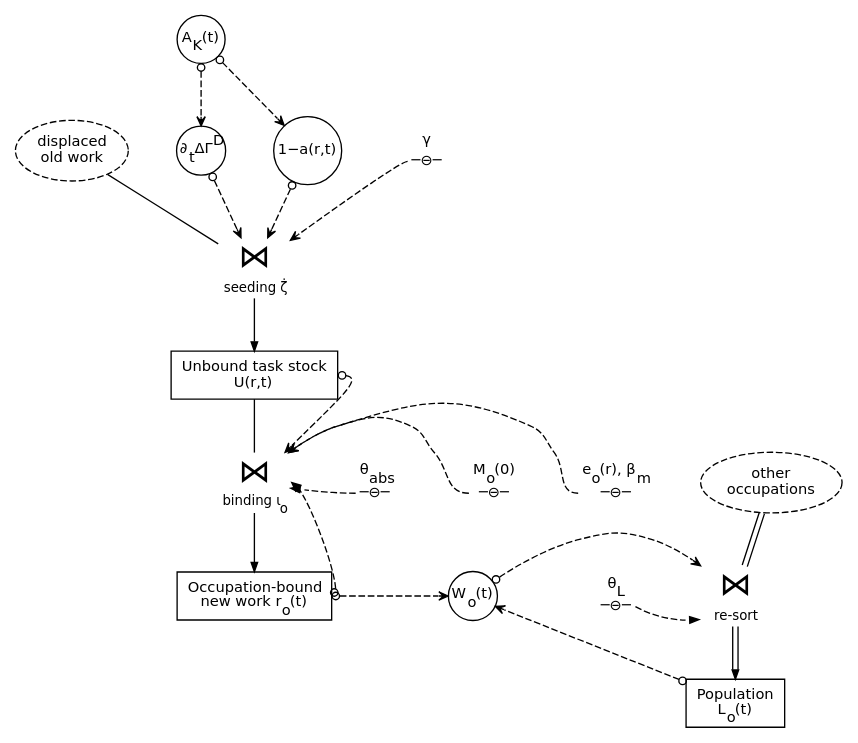
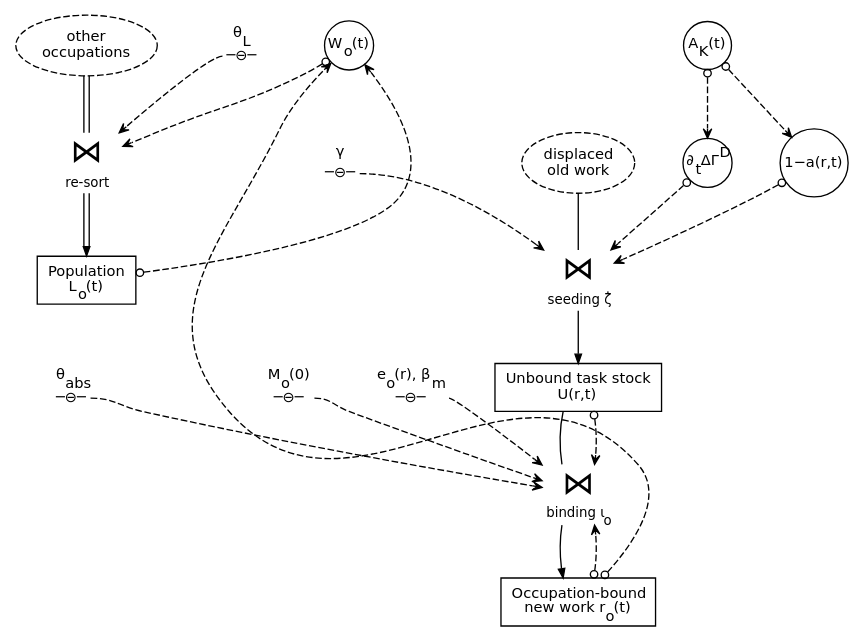
The diagram in experiment/results/dynamic_stockflow.dot (JoakimStorck/technology-fields), drawn with Graphviz before and after one commit. The commit also changed 21 other files, not shown here.

First line of the commit message:
cld: build Figure 2 with the stocktake package

```diff
--- a/experiment/results/dynamic_stockflow.dot
+++ b/experiment/results/dynamic_stockflow.dot
@@ -1,48 +1,45 @@
 digraph dynamic_stockflow {
   graph [rankdir=TB, splines=true, overlap=false, nodesep=0.5, ranksep=0.55, fontname="DejaVu Sans"];
   node [fontsize=11, fontname="DejaVu Sans"];
   edge [fontsize=10, fontname="DejaVu Sans", arrowsize=0.7];
 
-  old [label=<<font face="DejaVu Sans">displaced<br/>old work</font>>, shape=ellipse, style=dashed, margin=0.06];
-  seed [shape=none, margin=0, group="spine", label=<<table border="0" cellborder="0" cellspacing="0"><tr><td><font face="DejaVu Sans" point-size="24">&#8904;</font></td></tr><tr><td><font face="DejaVu Sans" point-size="10">seeding ζ̇</font></td></tr></table>>];
-  U [label=<<font face="DejaVu Sans">Unbound task stock<br/>U(r,t)</font>>, shape=box, group="spine"];
-  bind [shape=none, margin=0, group="spine", label=<<table border="0" cellborder="0" cellspacing="0"><tr><td><font face="DejaVu Sans" point-size="24">&#8904;</font></td></tr><tr><td><font face="DejaVu Sans" point-size="10">binding ι<sub>o</sub></font></td></tr></table>>];
-  B [label=<<font face="DejaVu Sans">Occupation-bound<br/>new work r<sub>o</sub>(t)</font>>, shape=box, group="spine"];
-  AK [label=<<font face="DejaVu Sans">A<sub>K</sub>(t)</font>>, shape=circle, fixedsize=false, margin=0.02];
-  disp [label=<<font face="DejaVu Sans">∂<sub>t</sub>ΔΓ<sup>D</sup></font>>, shape=circle, fixedsize=false, margin=0.02];
-  gate [label=<<font face="DejaVu Sans">1−a(r,t)</font>>, shape=circle, fixedsize=false, margin=0.02];
-  W [label=<<font face="DejaVu Sans">W<sub>o</sub>(t)</font>>, shape=circle, fixedsize=false, margin=0.02];
-  L [label=<<font face="DejaVu Sans">Population<br/>L<sub>o</sub>(t)</font>>, shape=box];
-  occ [label=<<font face="DejaVu Sans">other<br/>occupations</font>>, shape=ellipse, style=dashed, margin=0.06];
-  resort [shape=none, margin=0, label=<<table border="0" cellborder="0" cellspacing="0"><tr><td><font face="DejaVu Sans" point-size="24">&#8904;</font></td></tr><tr><td><font face="DejaVu Sans" point-size="10">re-sort</font></td></tr></table>>];
-  gamma [shape=none, margin=0, label=<<table border="0" cellborder="0" cellspacing="0"><tr><td><font face="DejaVu Sans">γ</font></td></tr><tr><td port="c"><font face="DejaVu Sans">&#9472;&#8854;&#9472;</font></td></tr></table>>];
-  theta_abs [shape=none, margin=0, label=<<table border="0" cellborder="0" cellspacing="0"><tr><td><font face="DejaVu Sans">θ<sub>abs</sub></font></td></tr><tr><td port="c"><font face="DejaVu Sans">&#9472;&#8854;&#9472;</font></td></tr></table>>];
-  M0 [shape=none, margin=0, label=<<table border="0" cellborder="0" cellspacing="0"><tr><td><font face="DejaVu Sans">M<sub>o</sub>(0)</font></td></tr><tr><td port="c"><font face="DejaVu Sans">&#9472;&#8854;&#9472;</font></td></tr></table>>];
-  eo [shape=none, margin=0, label=<<table border="0" cellborder="0" cellspacing="0"><tr><td><font face="DejaVu Sans">e<sub>o</sub>(r), β<sub>m</sub></font></td></tr><tr><td port="c"><font face="DejaVu Sans">&#9472;&#8854;&#9472;</font></td></tr></table>>];
-  theta_L [shape=none, margin=0, label=<<table border="0" cellborder="0" cellspacing="0"><tr><td><font face="DejaVu Sans">θ<sub>L</sub></font></td></tr><tr><td port="c"><font face="DejaVu Sans">&#9472;&#8854;&#9472;</font></td></tr></table>>];
+  "old" [label=<<font face="DejaVu Sans">displaced<br/>old work</font>>, shape=ellipse, style=dashed, margin=0.06, group="flow1", pos="422.0,474.4"];
+  "seed" [shape=none, margin=0, group="flow1", pos="422.0,386.4", label=<<table border="0" cellborder="0" cellspacing="0"><tr><td><font face="DejaVu Sans" point-size="24">&#8904;</font></td></tr><tr><td><font face="DejaVu Sans" point-size="10">seeding ζ̇</font></td></tr></table>>];
+  "U" [label=<<font face="DejaVu Sans">Unbound task stock<br/>U(r,t)</font>>, shape=box, group="flow1", pos="422.0,305.9"];
+  "bind" [shape=none, margin=0, group="flow1", pos="422.0,225.4", label=<<table border="0" cellborder="0" cellspacing="0"><tr><td><font face="DejaVu Sans" point-size="24">&#8904;</font></td></tr><tr><td><font face="DejaVu Sans" point-size="10">binding ι<sub>o</sub></font></td></tr></table>>];
+  "B" [label=<<font face="DejaVu Sans">Occupation-bound<br/>new work r<sub>o</sub>(t)</font>>, shape=box, group="flow1", pos="422.0,144.9"];
+  "AK" [label=<<font face="DejaVu Sans">A<sub>K</sub>(t)</font>>, shape=circle, fixedsize=false, margin=0.02, pos="315.1,418.3"];
+  "disp" [label=<<font face="DejaVu Sans">∂<sub>t</sub>ΔΓ<sup>D</sup></font>>, shape=circle, fixedsize=false, margin=0.02, pos="363.7,418.3"];
+  "gate" [label=<<font face="DejaVu Sans">1−a(r,t)</font>>, shape=circle, fixedsize=false, margin=0.02, pos="323.1,361.7"];
+  "W" [label=<<font face="DejaVu Sans">W<sub>o</sub>(t)</font>>, shape=circle, fixedsize=false, margin=0.02, pos="199.0,144.5"];
+  "L" [label=<<font face="DejaVu Sans">Population<br/>L<sub>o</sub>(t)</font>>, shape=box, group="flow2", pos="53.0,100.4"];
+  "occ" [label=<<font face="DejaVu Sans">other<br/>occupations</font>>, shape=ellipse, style=dashed, margin=0.06, group="flow2", pos="53.0,276.5"];
+  "resort" [shape=none, margin=0, group="flow2", pos="53.0,188.4", label=<<table border="0" cellborder="0" cellspacing="0"><tr><td><font face="DejaVu Sans" point-size="24">&#8904;</font></td></tr><tr><td><font face="DejaVu Sans" point-size="10">re-sort</font></td></tr></table>>];
+  "gamma" [shape=none, margin=0, pos="489.0,387.6", label=<<table border="0" cellborder="0" cellspacing="0"><tr><td><font face="DejaVu Sans">γ</font></td></tr><tr><td port="c"><font face="DejaVu Sans">&#9472;&#8854;&#9472;</font></td></tr></table>>];
+  "theta_abs" [shape=none, margin=0, pos="355.7,225.7", label=<<table border="0" cellborder="0" cellspacing="0"><tr><td><font face="DejaVu Sans">θ<sub>abs</sub></font></td></tr><tr><td port="c"><font face="DejaVu Sans">&#9472;&#8854;&#9472;</font></td></tr></table>>];
+  "M0" [shape=none, margin=0, pos="489.0,224.0", label=<<table border="0" cellborder="0" cellspacing="0"><tr><td><font face="DejaVu Sans">M<sub>o</sub>(0)</font></td></tr><tr><td port="c"><font face="DejaVu Sans">&#9472;&#8854;&#9472;</font></td></tr></table>>];
+  "eo" [shape=none, margin=0, pos="288.2,221.6", label=<<table border="0" cellborder="0" cellspacing="0"><tr><td><font face="DejaVu Sans">e<sub>o</sub>(r), β<sub>m</sub></font></td></tr><tr><td port="c"><font face="DejaVu Sans">&#9472;&#8854;&#9472;</font></td></tr></table>>];
+  "theta_L" [shape=none, margin=0, pos="-14.0,188.3", label=<<table border="0" cellborder="0" cellspacing="0"><tr><td><font face="DejaVu Sans">θ<sub>L</sub></font></td></tr><tr><td port="c"><font face="DejaVu Sans">&#9472;&#8854;&#9472;</font></td></tr></table>>];
 
-  old -> seed [arrowhead=none];
-  seed -> U;
-  U -> bind [arrowhead=none];
-  bind -> B;
-  occ -> resort [color="black:invis:black", arrowhead=none];
-  resort -> L [color="black:invis:black"];
-  AK -> disp [style=dashed, dir=both, arrowtail=odot, arrowhead=vee];
-  AK -> gate [style=dashed, dir=both, arrowtail=odot, arrowhead=vee, constraint=false];
-  disp -> seed [style=dashed, dir=both, arrowtail=odot, arrowhead=vee];
-  gate -> seed [style=dashed, dir=both, arrowtail=odot, arrowhead=vee];
-  gamma:c -> seed [style=dashed, arrowhead=vee];
-  U -> bind [style=dashed, dir=both, arrowtail=odot, arrowhead=vee, constraint=false, tailport=e, headport=ne];
-  B -> bind [style=dashed, dir=both, arrowtail=odot, arrowhead=vee, constraint=false, tailport=e, headport=e];
-  M0:c -> bind [style=dashed, arrowhead=vee];
-  theta_abs:c -> bind [style=dashed, arrowhead=vee];
-  eo:c -> bind [style=dashed, arrowhead=vee];
-  B -> W [style=dashed, dir=both, arrowtail=odot, arrowhead=vee];
-  L -> W [style=dashed, dir=both, arrowtail=odot, arrowhead=vee, constraint=false];
-  W -> resort [style=dashed, dir=both, arrowtail=odot, arrowhead=vee];
-  theta_L:c -> resort [style=dashed, arrowhead=vee];
+  "old" -> "seed" [arrowhead=none];
+  "seed" -> "U";
+  "U" -> "bind" [arrowhead=none];
+  "bind" -> "B";
+  "occ" -> "resort" [color="black:invis:black", arrowhead=none];
+  "resort" -> "L" [color="black:invis:black"];
+  "AK" -> "disp" [style=dashed, dir=both, arrowtail=odot, arrowhead=vee];
+  "AK" -> "gate" [style=dashed, dir=both, arrowtail=odot, arrowhead=vee, constraint=false];
+  "disp" -> "seed" [style=dashed, dir=both, arrowtail=odot, arrowhead=vee];
+  "gate" -> "seed" [style=dashed, dir=both, arrowtail=odot, arrowhead=vee];
+  "gamma":c -> "seed" [style=dashed, arrowhead=vee];
+  "U" -> "bind" [style=dashed, dir=both, arrowtail=odot, arrowhead=vee, constraint=false];
+  "B" -> "bind" [style=dashed, dir=both, arrowtail=odot, arrowhead=vee, constraint=false];
+  "M0":c -> "bind" [style=dashed, arrowhead=vee];
+  "theta_abs":c -> "bind" [style=dashed, arrowhead=vee];
+  "eo":c -> "bind" [style=dashed, arrowhead=vee];
+  "B" -> "W" [style=dashed, dir=both, arrowtail=odot, arrowhead=vee, constraint=false];
+  "L" -> "W" [style=dashed, dir=both, arrowtail=odot, arrowhead=vee, constraint=false];
+  "W" -> "resort" [style=dashed, dir=both, arrowtail=odot, arrowhead=vee];
+  "theta_L":c -> "resort" [style=dashed, arrowhead=vee];
 
-  { rank=same; disp; gate; old; gamma; }
-  { rank=same; theta_abs; M0; eo; bind; occ; }
-  { rank=same; B; W; resort; theta_L; }
 }
```
